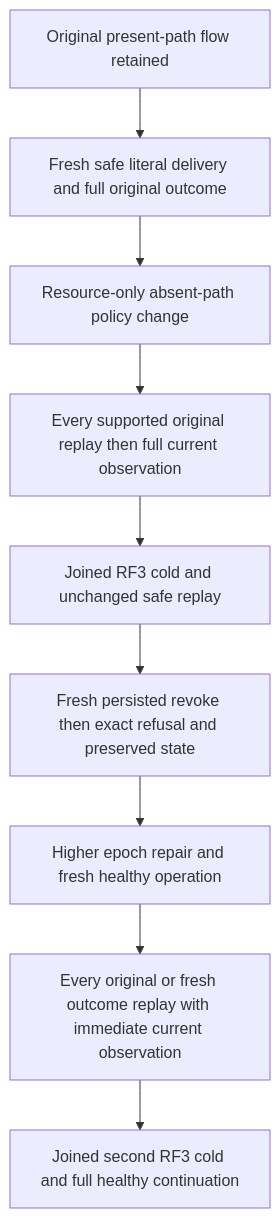
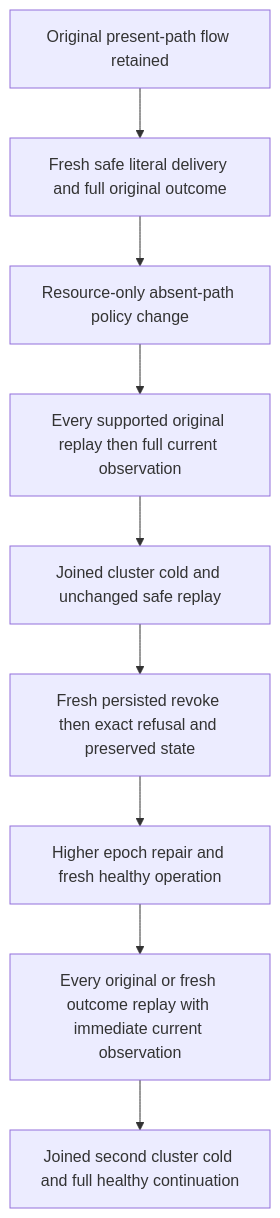
The diagram in docs/Features/Authorization/SafeAbsentDeliveryReplayPublic.md (managedcode/KeyLoad), drawn with Mermaid before and after one commit. The commit also changed other lines of this file and 7356 other files, not shown here.

````diff
--- a/docs/Features/Authorization/SafeAbsentDeliveryReplayPublic.md
+++ b/docs/Features/Authorization/SafeAbsentDeliveryReplayPublic.md
@@ -12,11 +12,11 @@
 ```mermaid
 flowchart TD
   A[Original present-path flow retained] --> B[Fresh safe literal delivery and full original outcome]
   B --> C[Resource-only absent-path policy change]
   C --> D[Every supported original replay then full current observation]
-  D --> E[Joined RF3 cold and unchanged safe replay]
+  D --> E[Joined cluster cold and unchanged safe replay]
   E --> F[Fresh persisted revoke then exact refusal and preserved state]
   F --> G[Higher epoch repair and fresh healthy operation]
   G --> H[Every original or fresh outcome replay with immediate current observation]
-  H --> I[Joined second RF3 cold and full healthy continuation]
+  H --> I[Joined second cluster cold and full healthy continuation]
 ```
````
